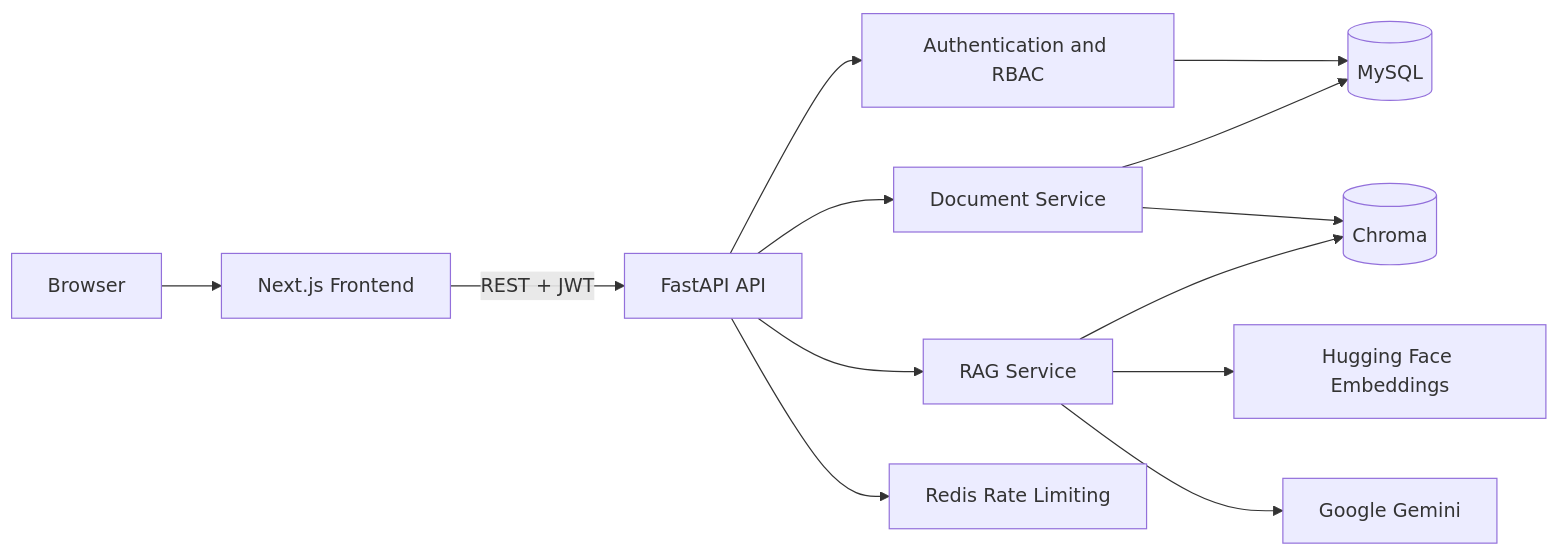
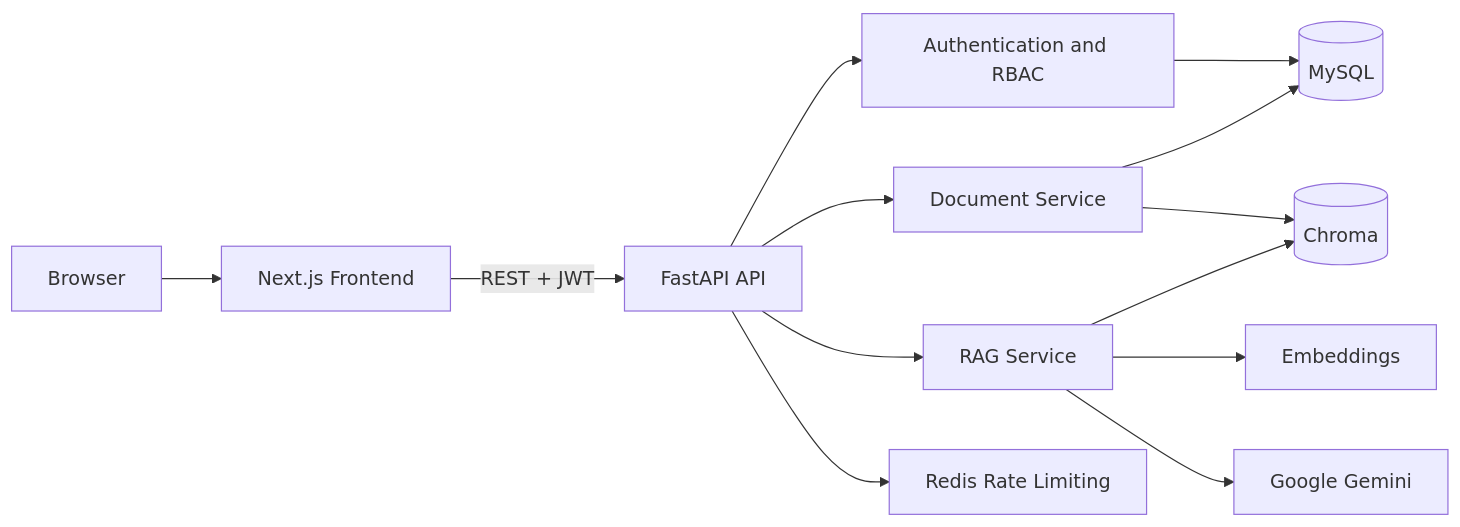
Before and after one commit to AnjumZahid/nexus-rag-platform: the diagram in README.md, drawn with Mermaid.

Commit message:
Fix formatting and update README content
Updated README to fix formatting issues and improve clarity.

````diff
--- a/README.md
+++ b/README.md
@@ -119,17 +119,17 @@
 ```mermaid
 flowchart LR
     U[Browser] --> F[Next.js Frontend]
     F -->|REST + JWT| A[FastAPI API]
 
     A --> AUTH[Authentication and RBAC]
     A --> DOC[Document Service]
     A --> RAG[RAG Service]
     A --> RATE[Redis Rate Limiting]
 
     AUTH --> DB[(MySQL)]
     DOC --> DB
     DOC --> V[(Chroma)]
     RAG --> V
-    RAG --> E[Hugging Face Embeddings]
+    RAG --> E[Embeddings]
     RAG --> L[Google Gemini]
 ```
````
